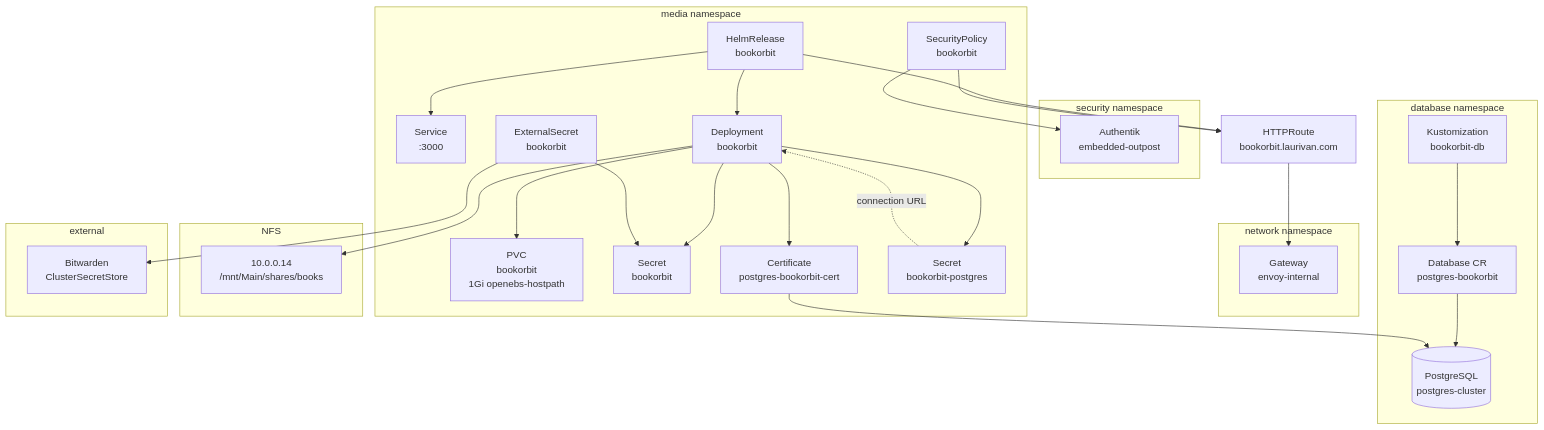
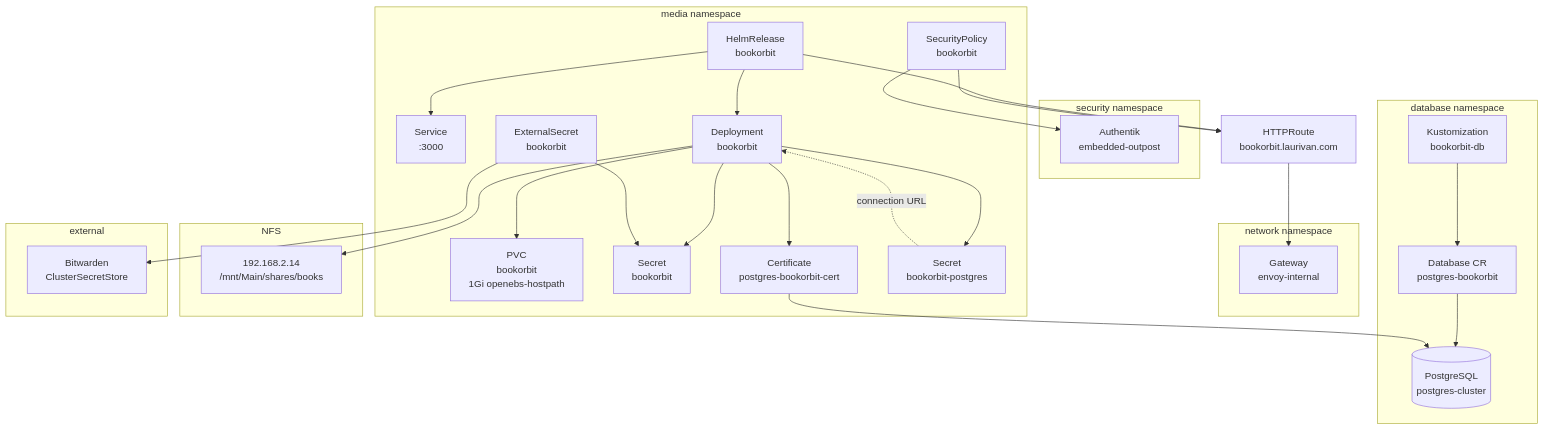
Before and after one commit to equinoxel/home-ops: the diagram in kubernetes/apps/media/bookorbit/README.md, drawn with Mermaid. The commit also changed other lines of this file and 48 other files, not shown here.

````diff
--- a/kubernetes/apps/media/bookorbit/README.md
+++ b/kubernetes/apps/media/bookorbit/README.md
@@ -10,54 +10,54 @@
 ```mermaid
 graph TD
     subgraph media namespace
         HR[HelmRelease<br/>bookorbit]
         SVC[Service<br/>:3000]
         DEP[Deployment<br/>bookorbit]
         PVC[PVC<br/>bookorbit<br/>1Gi openebs-hostpath]
         ES[ExternalSecret<br/>bookorbit]
         SEC[Secret<br/>bookorbit]
         CERT[Certificate<br/>postgres-bookorbit-cert]
         DBSEC[Secret<br/>bookorbit-postgres]
         SP[SecurityPolicy<br/>bookorbit]
     end
 
     subgraph network namespace
         GW[Gateway<br/>envoy-internal]
     end
 
     subgraph security namespace
         AK[Authentik<br/>embedded-outpost]
     end
 
     subgraph database namespace
         DB[(PostgreSQL<br/>postgres-cluster)]
         DBKS[Kustomization<br/>bookorbit-db]
         DBOBJ[Database CR<br/>postgres-bookorbit]
     end
 
     subgraph NFS
-        NFS_BOOKS[10.0.0.14<br/>/mnt/Main/shares/books]
+        NFS_BOOKS[192.168.2.14<br/>/mnt/Main/shares/books]
     end
 
     subgraph external
         BW[Bitwarden<br/>ClusterSecretStore]
     end
 
     HR --> DEP
     HR --> SVC
     HR --> ROUTE[HTTPRoute<br/>bookorbit.laurivan.com]
     ROUTE --> GW
     SP --> ROUTE
     SP --> AK
     DEP --> PVC
     DEP --> NFS_BOOKS
     DEP --> CERT
     DEP --> DBSEC
     DEP --> SEC
     ES --> BW
     ES --> SEC
     DBKS --> DBOBJ
     DBOBJ --> DB
     CERT --> DB
     DBSEC -.->|connection URL| DEP
 ```
````
